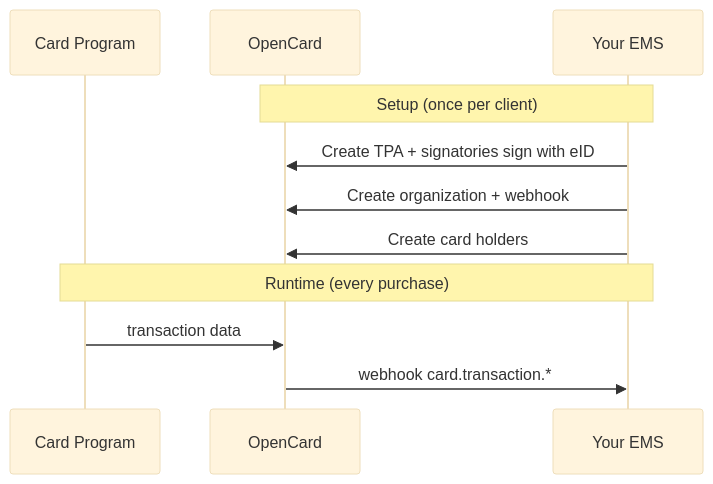
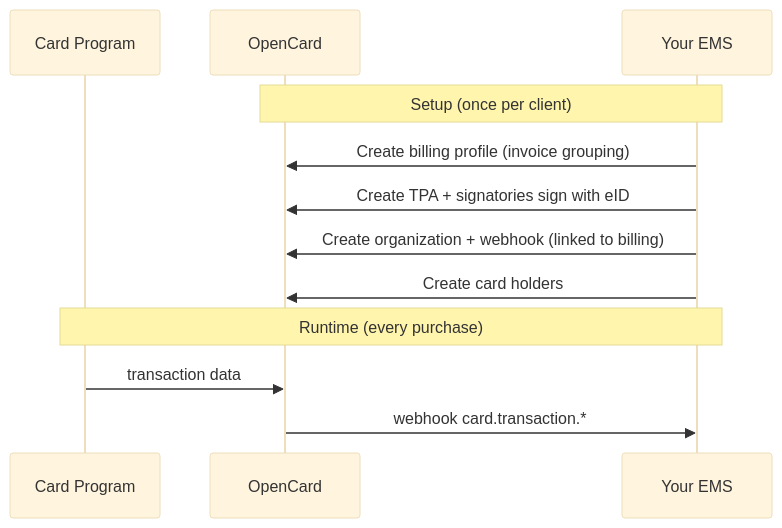
One commit to marc-opencard/developers.opencard.io changed the diagram in introduction/welcome.mdx. Above: the diagram before and after it, drawn with Mermaid (base theme). The commit also changed 7 other files, not shown here.

````diff
--- a/introduction/welcome.mdx
+++ b/introduction/welcome.mdx
@@ -20,15 +20,16 @@
 ```mermaid
 sequenceDiagram
     participant Bank as Card Program
     participant OC as OpenCard
     participant You as Your EMS
 
     Note over You,OC: Setup (once per client)
+    You->>OC: Create billing profile (invoice grouping)
     You->>OC: Create TPA + signatories sign with eID
-    You->>OC: Create organization + webhook
+    You->>OC: Create organization + webhook (linked to billing)
     You->>OC: Create card holders
 
     Note over Bank,You: Runtime (every purchase)
     Bank->>OC: transaction data
     OC->>You: webhook card.transaction.*
 ```
````
